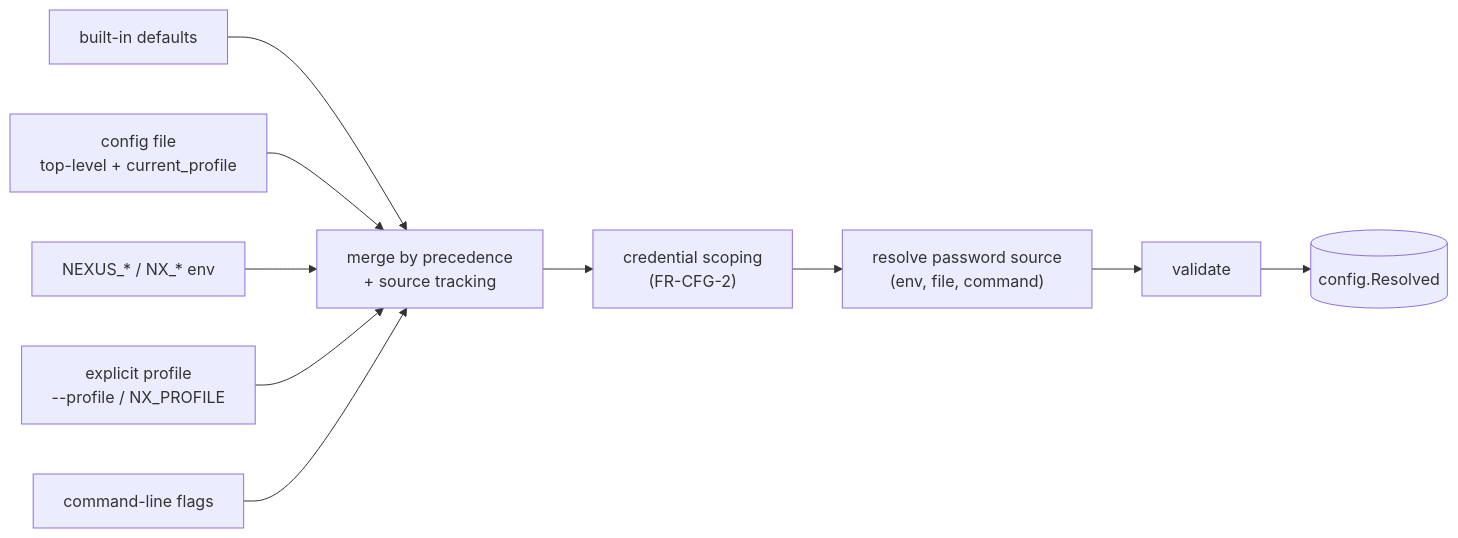
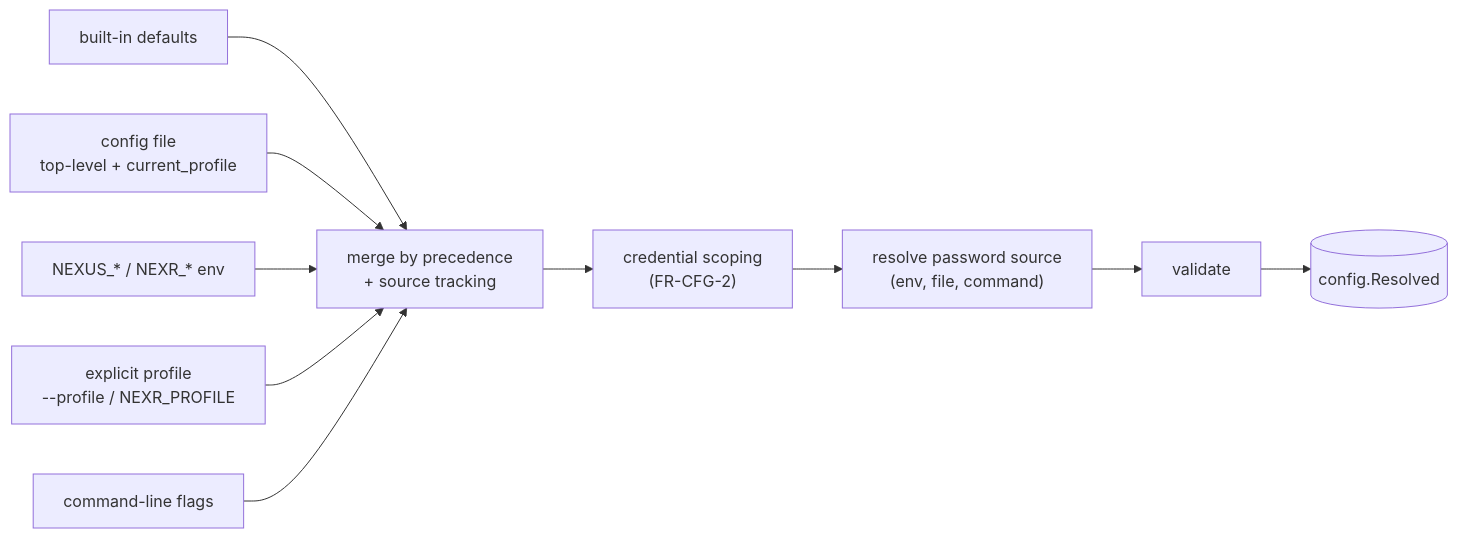
Before and after one commit to yand3r3d3v/nexr: the third of 8 diagrams in docs/architecture.md, drawn with Mermaid. The commit also changed other lines of this file and 5 other files, not shown here.

````diff
--- a/docs/architecture.md
+++ b/docs/architecture.md
@@ -236,11 +236,11 @@
 ```mermaid
 flowchart LR
     defaults[built-in defaults] --> merge
     file["config file<br/>top-level + current_profile"] --> merge
-    env["NEXUS_* / NX_* env"] --> merge
-    profile["explicit profile<br/>--profile / NX_PROFILE"] --> merge
+    env["NEXUS_* / NEXR_* env"] --> merge
+    profile["explicit profile<br/>--profile / NEXR_PROFILE"] --> merge
     flags[command-line flags] --> merge
     merge["merge by precedence<br/>+ source tracking"] --> scope["credential scoping<br/>(FR-CFG-2)"]
     scope --> secrets["resolve password source<br/>(env, file, command)"]
     secrets --> validate[validate] --> resolved[(config.Resolved)]
 ```
````
